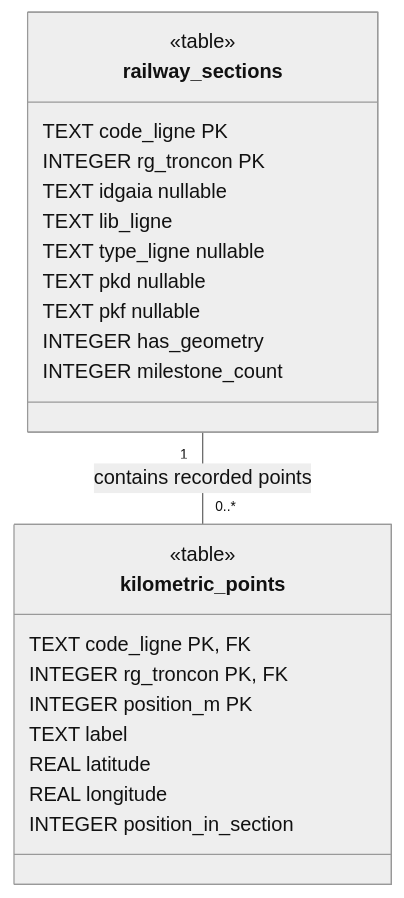
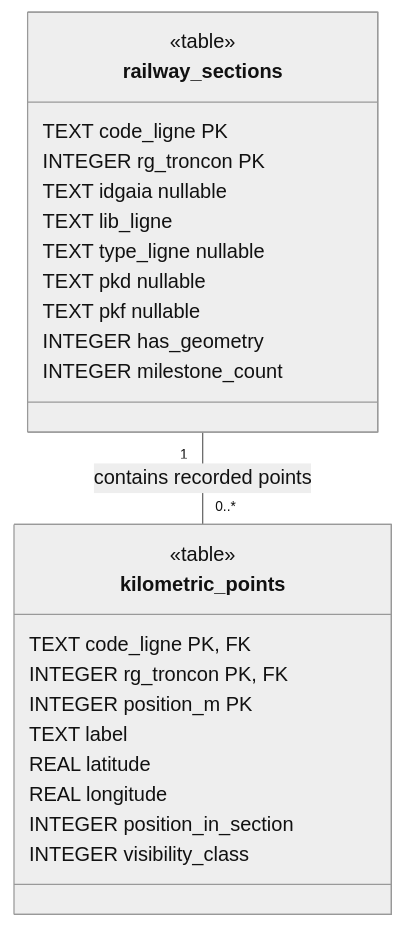
Before and after one commit to LeoooJR/AROW-mobile: the diagram in docs/railway-database.md, drawn with Mermaid (neutral theme). The commit also changed other lines of this file and 27 other files, not shown here.

````diff
--- a/docs/railway-database.md
+++ b/docs/railway-database.md
@@ -58,30 +58,31 @@
 ```mermaid
 classDiagram
     direction TB
 
     class railway_sections {
         <<table>>
         TEXT code_ligne PK
         INTEGER rg_troncon PK
         TEXT idgaia nullable
         TEXT lib_ligne
         TEXT type_ligne nullable
         TEXT pkd nullable
         TEXT pkf nullable
         INTEGER has_geometry
         INTEGER milestone_count
     }
 
     class kilometric_points {
         <<table>>
         TEXT code_ligne PK, FK
         INTEGER rg_troncon PK, FK
         INTEGER position_m PK
         TEXT label
         REAL latitude
         REAL longitude
         INTEGER position_in_section
+        INTEGER visibility_class
     }
 
     railway_sections "1" -- "0..*" kilometric_points : contains recorded points
 ```
````
